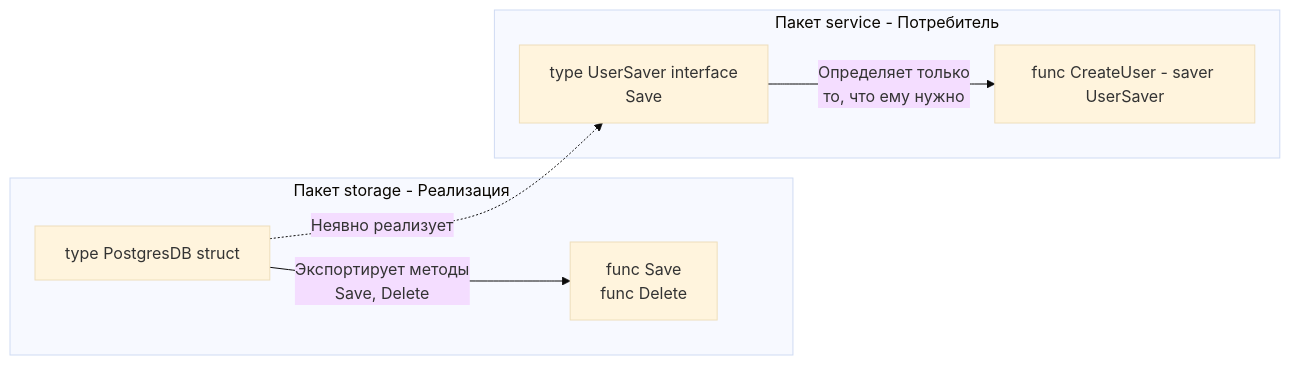
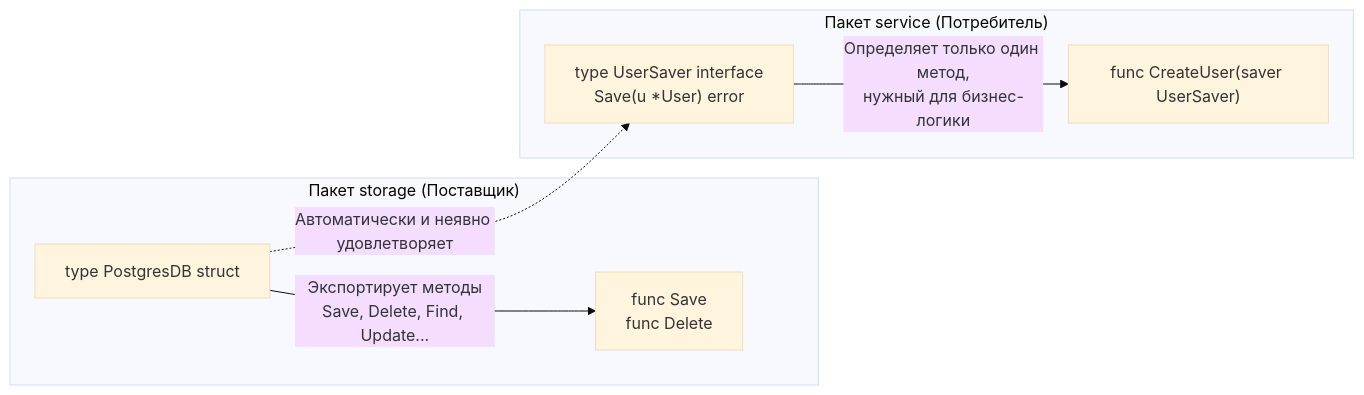
The second of 2 diagrams in sources/4. История и философия Go/6. Idiomatic Go. Что значит писать по-goшному.md (UnrealTemplier/go-textbook), drawn with Mermaid (base theme) before and after one commit. The commit also changed other lines of this file, not shown here.

````diff
--- a/sources/4. История и философия Go/6. Idiomatic Go. Что значит писать по-goшному.md
+++ b/sources/4. История и философия Go/6. Idiomatic Go. Что значит писать по-goшному.md
@@ -117,12 +164,12 @@
 ```mermaid
 flowchart LR
-    subgraph Пакет storage - Реализация
-        A["type PostgresDB struct"] -->|"Экспортирует методы<br>Save, Delete"| B["func Save<br>func Delete"]
+    subgraph StoragePkg["Пакет storage (Поставщик)"]
+        A["type PostgresDB struct"] -->|"Экспортирует методы<br>Save, Delete, Find, Update..."| B["func Save<br>func Delete"]
     end
     
-    subgraph Пакет service - Потребитель
-        C["type UserSaver interface<br>Save"] -->|"Определяет только<br>то, что ему нужно"| D["func CreateUser - saver UserSaver"]
+    subgraph ServicePkg["Пакет service (Потребитель)"]
+        C["type UserSaver interface<br>Save(u *User) error"] -->|"Определяет только один метод,<br>нужный для бизнес-логики"| D["func CreateUser(saver UserSaver)"]
     end
     
-    A -.->|"Неявно реализует"| C
+    A -.->|"Автоматически и неявно удовлетворяет"| C
 ```
````
